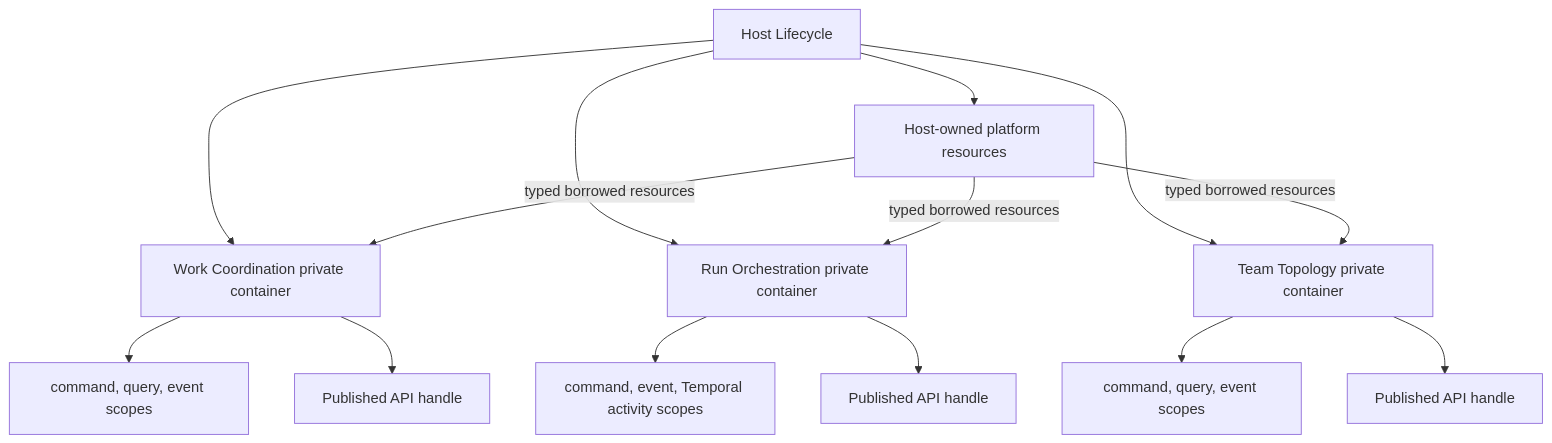
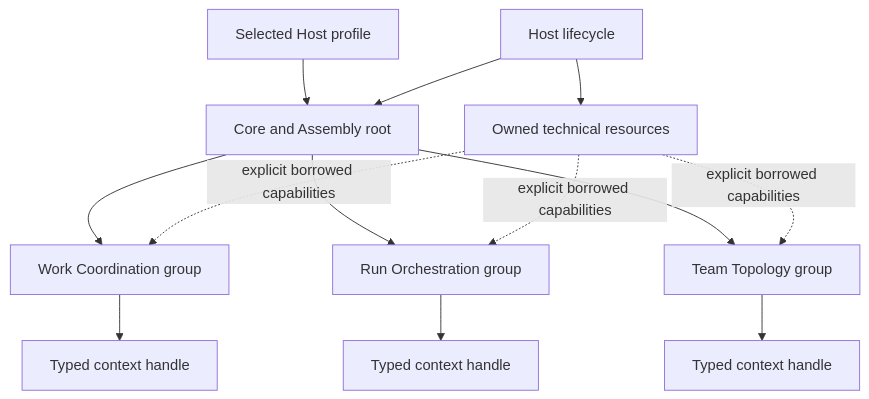
Before and after one commit to agent-teams-ai/agent-teams-orchestrator: the diagram in docs/architecture/composition-and-dependency-injection.md, drawn with Mermaid. The commit also changed other lines of this file and 43 other files, not shown here.

````diff
--- a/docs/architecture/composition-and-dependency-injection.md
+++ b/docs/architecture/composition-and-dependency-injection.md
@@ -26,19 +61,15 @@
 ```mermaid
 flowchart TB
-    Host["Host Lifecycle"] --> Platform["Host-owned platform resources"]
-    Host --> Work["Work Coordination private container"]
-    Host --> Runs["Run Orchestration private container"]
-    Host --> Teams["Team Topology private container"]
-
-    Platform -->|"typed borrowed resources"| Work
-    Platform -->|"typed borrowed resources"| Runs
-    Platform -->|"typed borrowed resources"| Teams
-
-    Work --> WorkScope["command, query, event scopes"]
-    Runs --> RunScope["command, event, Temporal activity scopes"]
-    Teams --> TeamScope["command, query, event scopes"]
-
-    Work --> WorkApi["Published API handle"]
-    Runs --> RunApi["Published API handle"]
-    Teams --> TeamApi["Published API handle"]
+    Profile["Selected Host profile"] --> Root["Core and Assembly root"]
+    Root --> Work["Work Coordination group"]
+    Root --> Runs["Run Orchestration group"]
+    Root --> Teams["Team Topology group"]
+    Work --> WorkApi["Typed context handle"]
+    Runs --> RunsApi["Typed context handle"]
+    Teams --> TeamsApi["Typed context handle"]
+    Host["Host lifecycle"] --> Root
+    Host --> Resources["Owned technical resources"]
+    Resources -. "explicit borrowed capabilities" .-> Work
+    Resources -. "explicit borrowed capabilities" .-> Runs
+    Resources -. "explicit borrowed capabilities" .-> Teams
 ```
````
